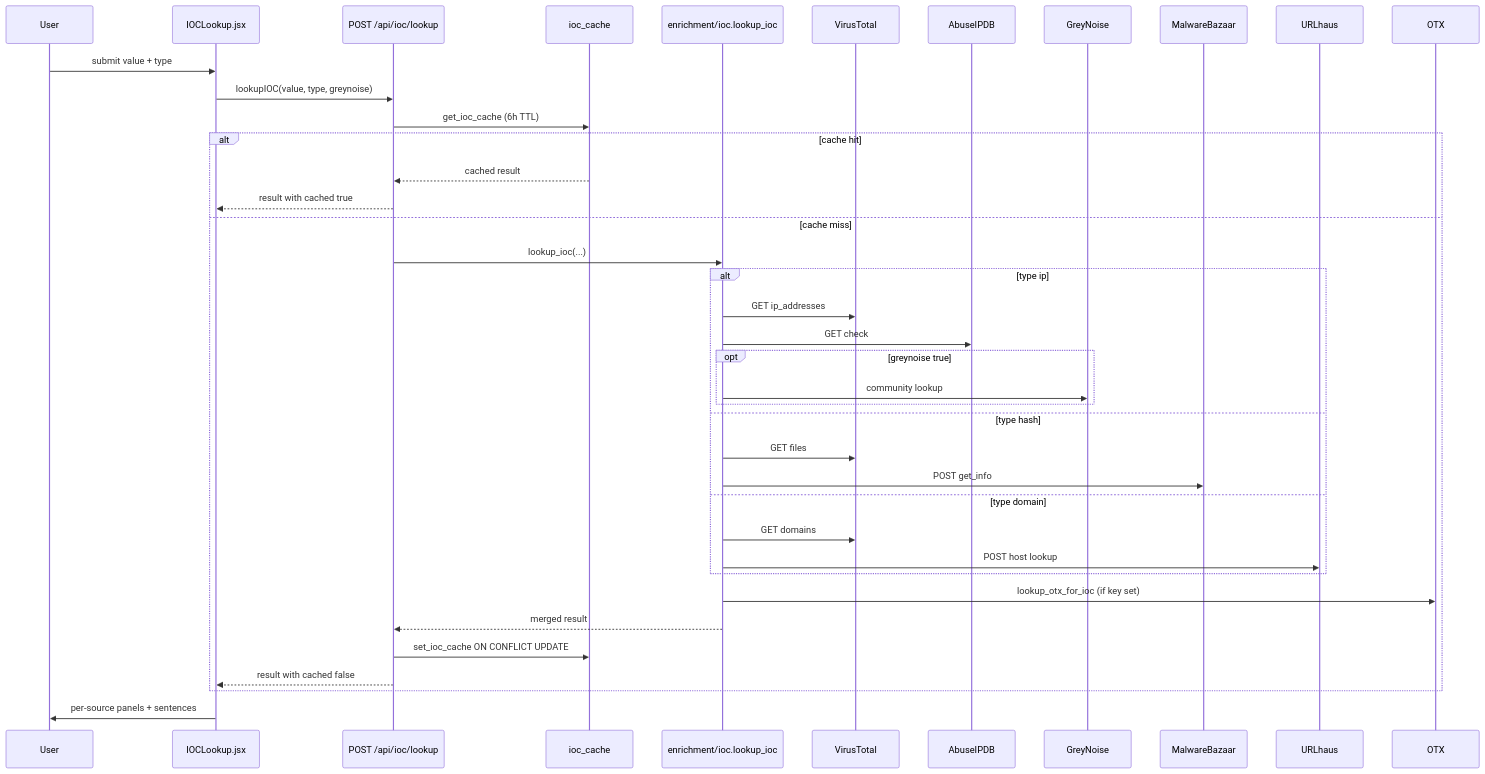
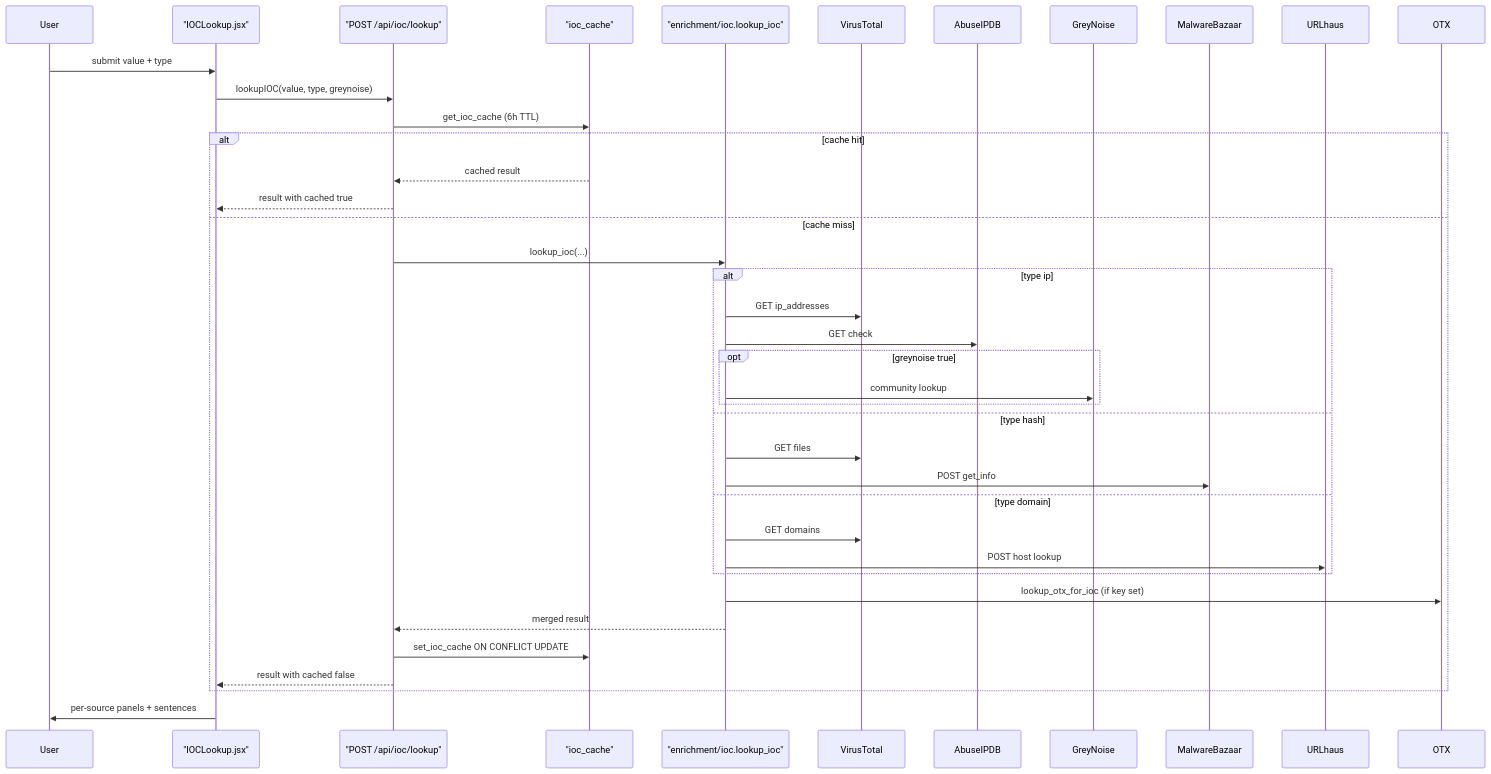
One commit to Soldier0x0/briefr changed the diagram in docs/diagrams/flow_ioc_lookup.mermaid. Above: the diagram before and after it, drawn with Mermaid. The commit also changed 5 other files, not shown here.

First line of the commit message:
Fix Mermaid diagram syntax for PDF export and refresh SYSTEM_DESIGN.pdf

```diff
--- a/docs/diagrams/flow_ioc_lookup.mermaid
+++ b/docs/diagrams/flow_ioc_lookup.mermaid
@@ -1,40 +1,40 @@
 sequenceDiagram
   participant User
-  participant UI as IOCLookup.jsx
-  participant API as POST /api/ioc/lookup
-  participant Cache as ioc_cache
-  participant IOC as enrichment/ioc.lookup_ioc
+  participant UI as "IOCLookup.jsx"
+  participant API as "POST /api/ioc/lookup"
+  participant Cache as "ioc_cache"
+  participant IOC as "enrichment/ioc.lookup_ioc"
   participant VT as VirusTotal
   participant AIPDB as AbuseIPDB
   participant GN as GreyNoise
   participant MB as MalwareBazaar
   participant UH as URLhaus
   participant OTX as OTX
 
   User->>UI: submit value + type
   UI->>API: lookupIOC(value, type, greynoise)
   API->>Cache: get_ioc_cache (6h TTL)
   alt cache hit
     Cache-->>API: cached result
     API-->>UI: result with cached true
   else cache miss
     API->>IOC: lookup_ioc(...)
     alt type ip
       IOC->>VT: GET ip_addresses
       IOC->>AIPDB: GET check
       opt greynoise true
         IOC->>GN: community lookup
       end
     else type hash
       IOC->>VT: GET files
       IOC->>MB: POST get_info
     else type domain
       IOC->>VT: GET domains
       IOC->>UH: POST host lookup
     end
     IOC->>OTX: lookup_otx_for_ioc (if key set)
     IOC-->>API: merged result
     API->>Cache: set_ioc_cache ON CONFLICT UPDATE
     API-->>UI: result with cached false
   end
   UI->>User: per-source panels + sentences
```
